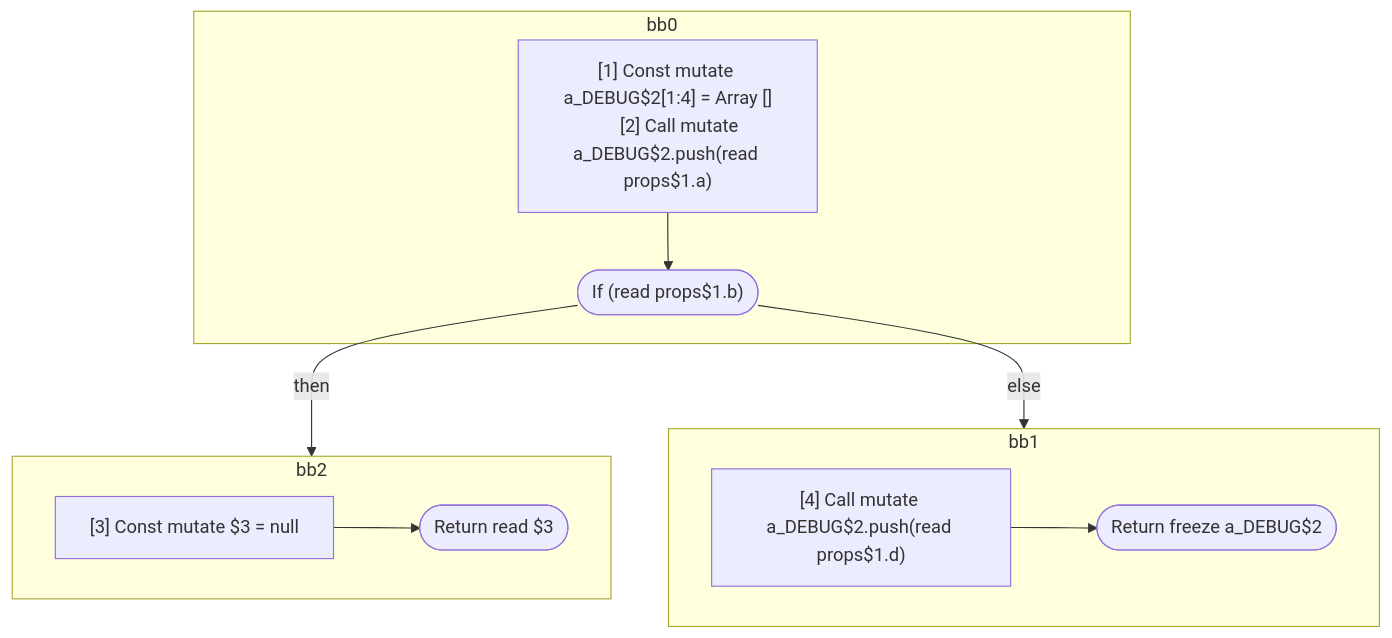
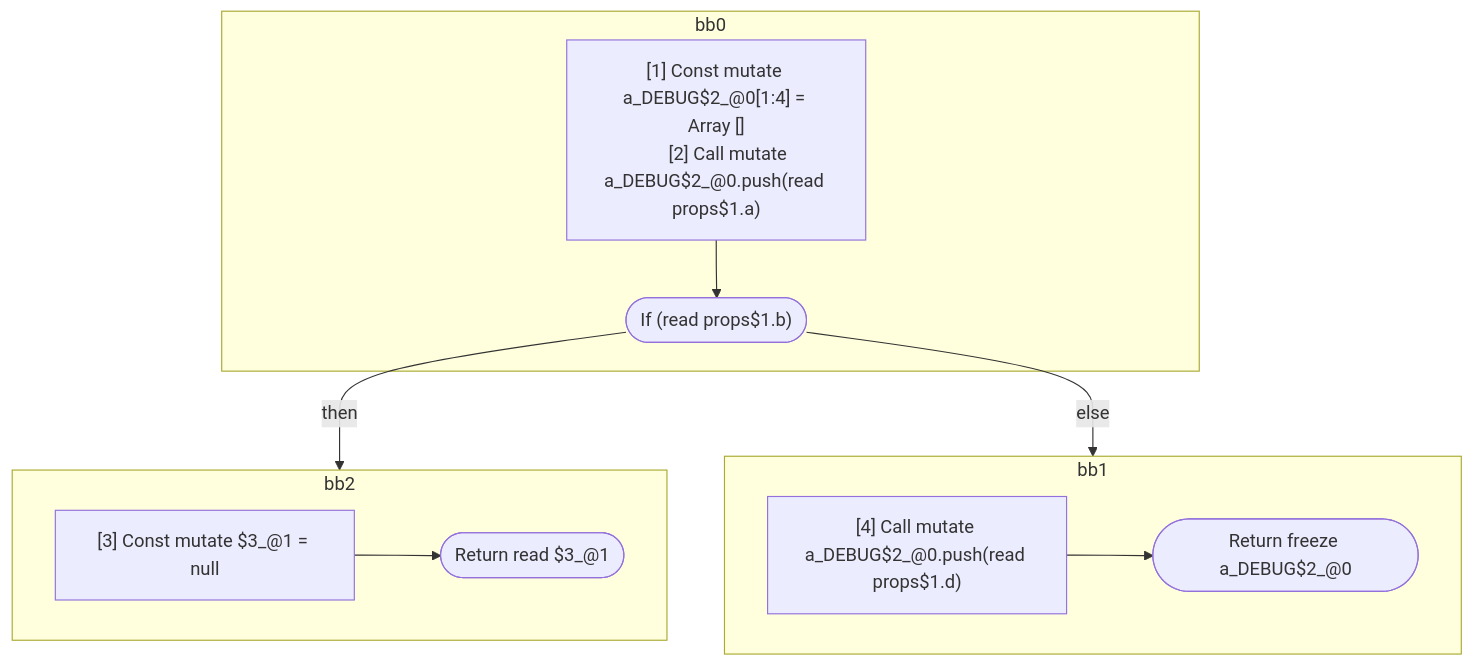
The first of 5 diagrams in compiler/forget/src/__tests__/fixtures/hir/conditional-break.expect.md (wutsmog/private), drawn with Mermaid before and after one commit. The commit also changed other lines of this file and 60 other files, not shown here.

````diff
--- a/compiler/forget/src/__tests__/fixtures/hir/conditional-break.expect.md
+++ b/compiler/forget/src/__tests__/fixtures/hir/conditional-break.expect.md
@@ -96,28 +96,28 @@
 ```mermaid
 flowchart TB
   %% Basic Blocks
   subgraph bb0
     bb0_instrs["
-      [1] Const mutate a_DEBUG$2[1:4] = Array []
-      [2] Call mutate a_DEBUG$2.push(read props$1.a)
+      [1] Const mutate a_DEBUG$2_@0[1:4] = Array []
+      [2] Call mutate a_DEBUG$2_@0.push(read props$1.a)
     "]
     bb0_instrs --> bb0_terminal(["If (read props$1.b)"])
   end
   subgraph bb2
     bb2_instrs["
-      [3] Const mutate $3 = null
+      [3] Const mutate $3_@1 = null
     "]
-    bb2_instrs --> bb2_terminal(["Return read $3"])
+    bb2_instrs --> bb2_terminal(["Return read $3_@1"])
   end
   subgraph bb1
     bb1_instrs["
-      [4] Call mutate a_DEBUG$2.push(read props$1.d)
+      [4] Call mutate a_DEBUG$2_@0.push(read props$1.d)
     "]
-    bb1_instrs --> bb1_terminal(["Return freeze a_DEBUG$2"])
+    bb1_instrs --> bb1_terminal(["Return freeze a_DEBUG$2_@0"])
   end
 
   %% Jumps
   bb0_terminal -- then --> bb2
   bb0_terminal -- else --> bb1
 
 ```
````
